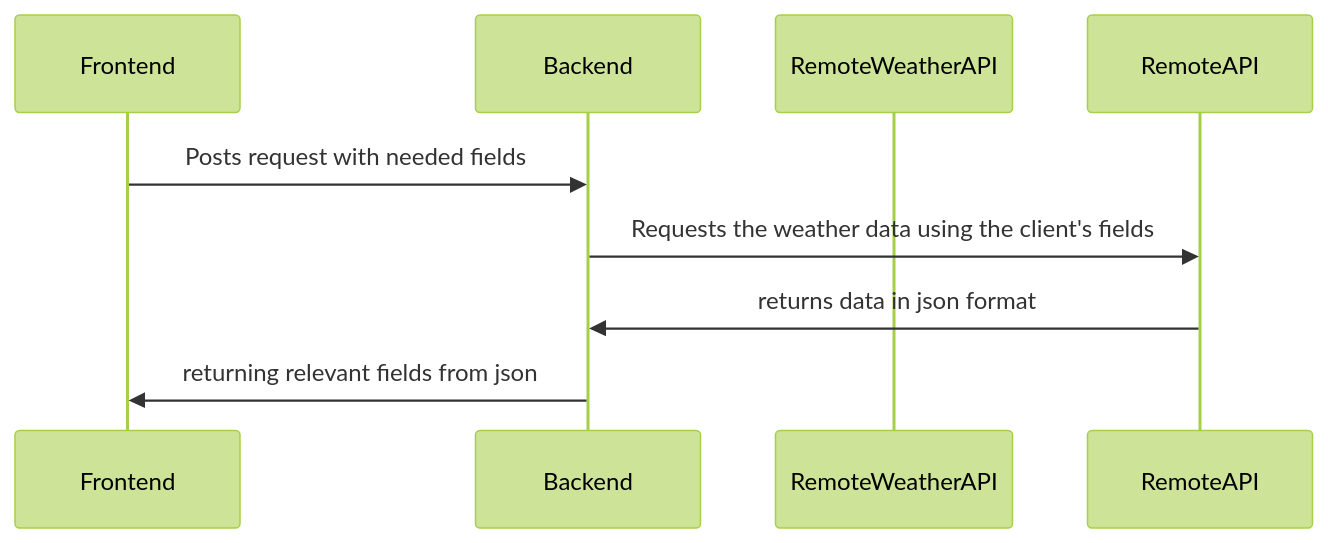
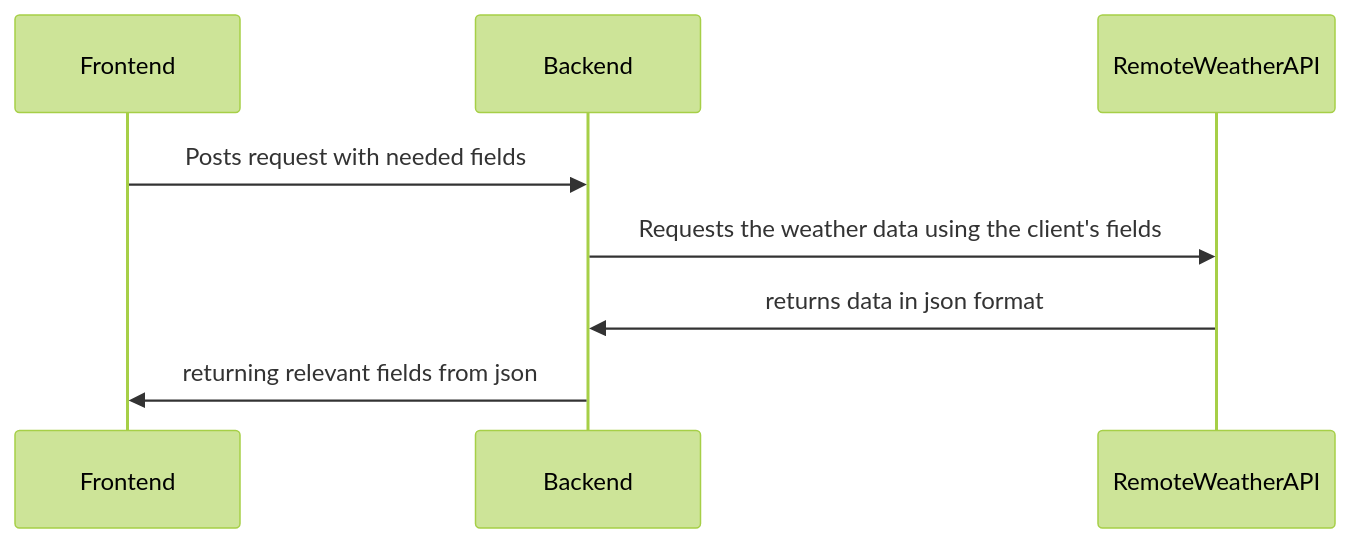
One commit to ido-nasi/Golden-Route-FullStack changed the diagram in README.md. Above: the diagram before and after it, drawn with Mermaid (forest theme).

````diff
--- a/README.md
+++ b/README.md
@@ -4,12 +4,12 @@
 ```mermaid
 sequenceDiagram
     participant Frontend
     participant Backend
     participant RemoteWeatherAPI
     
     Frontend ->> Backend: Posts request with  needed fields
-    Backend ->> RemoteAPI: Requests the weather data using the client's fields
-    RemoteAPI ->> Backend: returns data in json format
+    Backend ->> RemoteWeatherAPI: Requests the weather data using the client's fields
+    RemoteWeatherAPI ->> Backend: returns data in json format
     Backend ->> Frontend: returning relevant fields from json  
 
 ```
````
